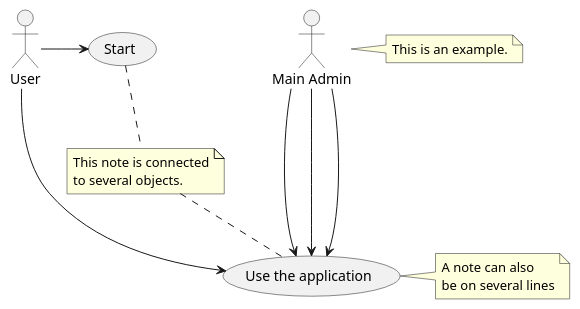
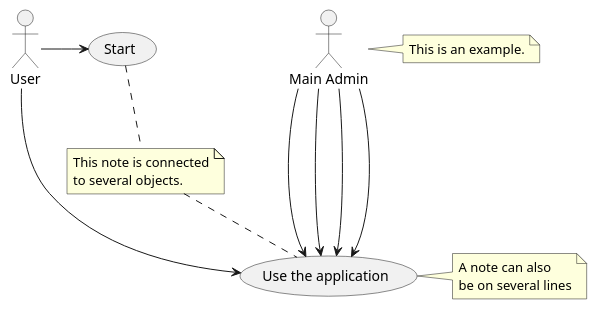
One commit to badeand/documatic changed the diagram in doc/uc1.puml. Above: the diagram before and after it, drawn with PlantUML. The commit also changed 16 other files, not shown here.

```diff
--- a/doc/uc1.puml
+++ b/doc/uc1.puml
@@ -1,24 +1,25 @@
 @startuml
 'https://plantuml.com/use-case-diagram
 
 :Main Admin: as Admin
 (Use the application) as (Use)
 
 User -> (Start)
 User --> (Use)
 
+Admin ---> (Use)
 Admin ---> (Use)
 Admin ---> (Use)
 Admin ---> (Use)
 
 note right of Admin : This is an example.
 
 note right of (Use)
 A note can also
 be on several lines
 end note
 
 note "This note is connected\nto several objects." as N2
 (Start) .. N2
 N2 .. (Use)
 @enduml
```
